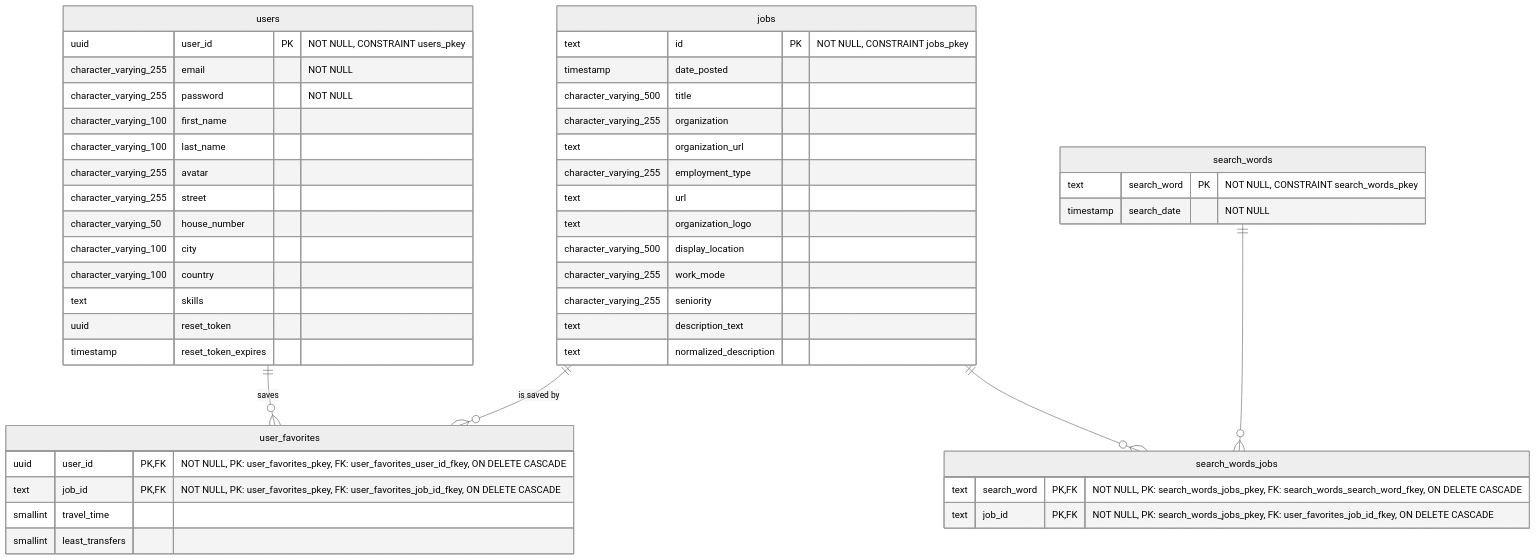
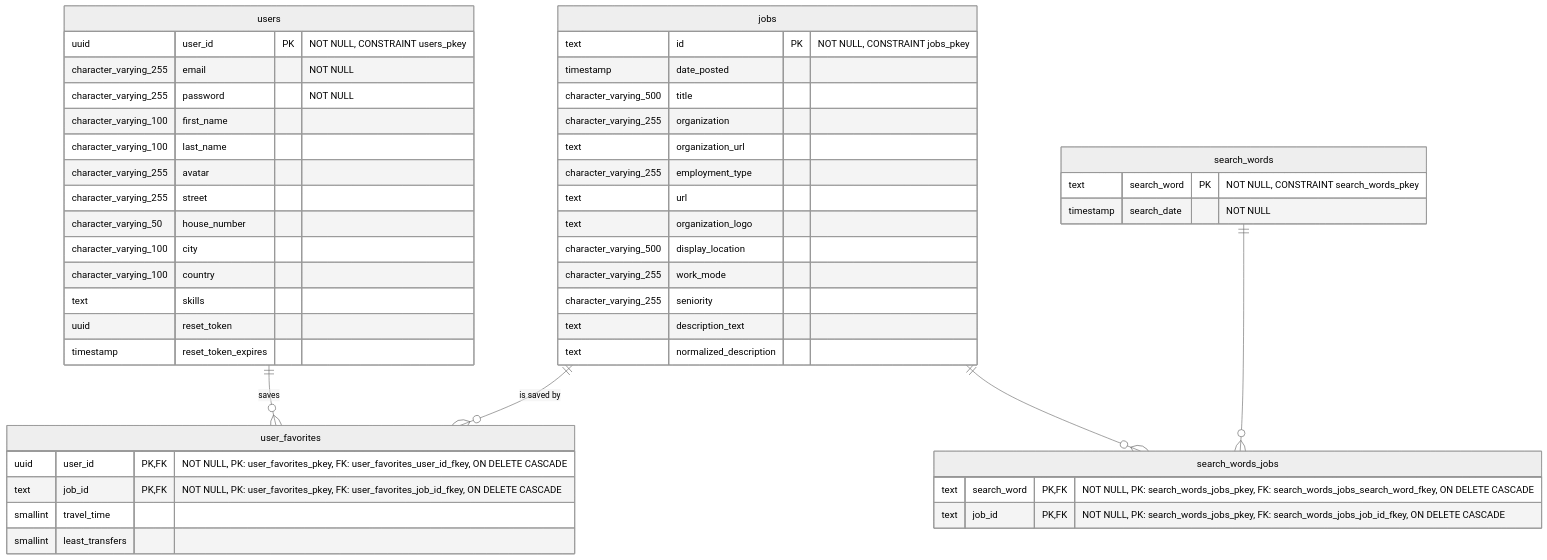
One commit to YahyaAl-Ademi/2025.10.23-JobCompass changed the diagram in documentation/ERD.md. Above: the diagram before and after it, drawn with Mermaid (neutral theme).

Commit message:
Fix foreign key references in search_words_jobs table in ERD documentation for accuracy and consistency.

````diff
--- a/documentation/ERD.md
+++ b/documentation/ERD.md
@@ -5,56 +5,56 @@
 ```mermaid
 erDiagram
     users ||--o{ user_favorites : "saves"
     jobs ||--o{ user_favorites : "is saved by"
     search_words ||--o{ search_words_jobs : ""
     jobs ||--o{ search_words_jobs : ""
 
     users {
         uuid user_id PK "NOT NULL, CONSTRAINT users_pkey"
         character_varying_255 email "NOT NULL"
         character_varying_255 password "NOT NULL"
         character_varying_100 first_name
         character_varying_100 last_name
         character_varying_255 avatar
         character_varying_255 street
         character_varying_50 house_number
         character_varying_100 city
         character_varying_100 country
         text skills
         uuid reset_token
         timestamp reset_token_expires
     }
 
     jobs {
         text id PK "NOT NULL, CONSTRAINT jobs_pkey"
         timestamp date_posted
         character_varying_500 title
         character_varying_255 organization
         text organization_url
         character_varying_255 employment_type
         text url
         text organization_logo
         character_varying_500 display_location
         character_varying_255 work_mode
         character_varying_255 seniority
         text description_text
         text normalized_description
     }
 
     user_favorites {
         uuid user_id PK,FK "NOT NULL, PK: user_favorites_pkey, FK: user_favorites_user_id_fkey, ON DELETE CASCADE"
         text job_id PK,FK "NOT NULL, PK: user_favorites_pkey, FK: user_favorites_job_id_fkey, ON DELETE CASCADE"
         smallint travel_time
         smallint least_transfers
     }
 
     search_words {
         text search_word PK "NOT NULL, CONSTRAINT search_words_pkey"
         timestamp search_date "NOT NULL"
     }
 
     search_words_jobs {
-        text search_word PK,FK "NOT NULL, PK: search_words_jobs_pkey, FK: search_words_search_word_fkey, ON DELETE CASCADE"
-        text job_id PK,FK "NOT NULL, PK: search_words_jobs_pkey, FK: user_favorites_job_id_fkey, ON DELETE CASCADE"
+        text search_word PK,FK "NOT NULL, PK: search_words_jobs_pkey, FK: search_words_jobs_search_word_fkey, ON DELETE CASCADE"
+        text job_id PK,FK "NOT NULL, PK: search_words_jobs_pkey, FK: search_words_jobs_job_id_fkey, ON DELETE CASCADE"
     }
 ```
````
